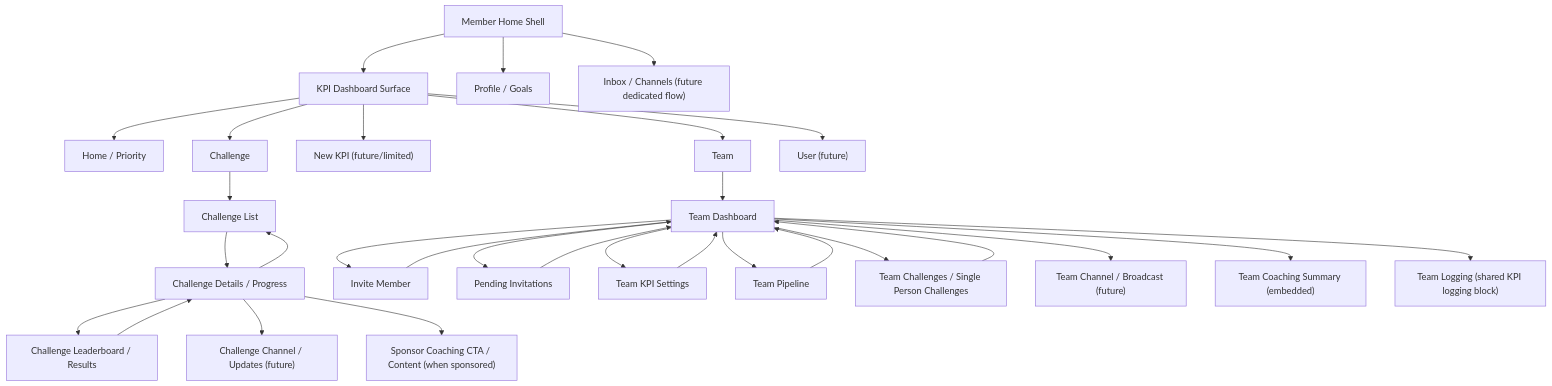
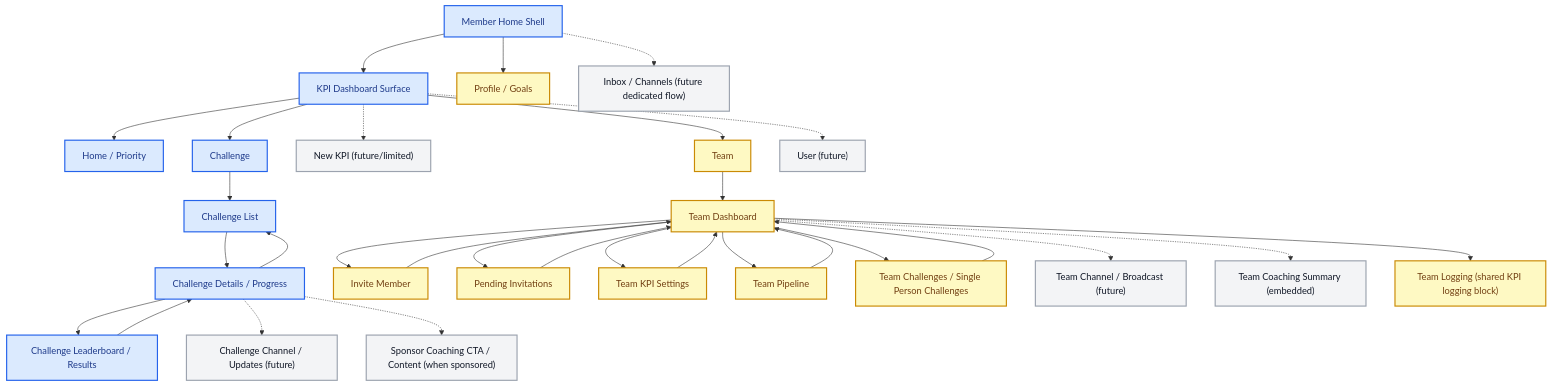
Before and after one commit to jonhazeltine/compass-kpi: the fifth of 9 diagrams in docs/spec/appendix/INTENDED_WIRING_DIAGRAM.md, drawn with Mermaid. The commit also changed other lines of this file, not shown here.

Commit message:
Standardize wiring diagram status colors

````diff
--- a/docs/spec/appendix/INTENDED_WIRING_DIAGRAM.md
+++ b/docs/spec/appendix/INTENDED_WIRING_DIAGRAM.md
@@ -106,36 +139,45 @@
 ```mermaid
 flowchart TD
   H["Member Home Shell"] --> K["KPI Dashboard Surface"]
   H --> P["Profile / Goals"]
-  H --> I["Inbox / Channels (future dedicated flow)"]
+  H -.-> I["Inbox / Channels (future dedicated flow)"]
 
   K --> T1["Home / Priority"]
   K --> T2["Challenge"]
-  K --> T3["New KPI (future/limited)"]
+  K -.-> T3["New KPI (future/limited)"]
   K --> T4["Team"]
-  K --> T5["User (future)"]
+  K -.-> T5["User (future)"]
 
   T2 --> C1["Challenge List"]
   C1 --> C2["Challenge Details / Progress"]
   C2 --> C3["Challenge Leaderboard / Results"]
-  C2 --> C4["Challenge Channel / Updates (future)"]
-  C2 --> C5["Sponsor Coaching CTA / Content (when sponsored)"]
+  C2 -.-> C4["Challenge Channel / Updates (future)"]
+  C2 -.-> C5["Sponsor Coaching CTA / Content (when sponsored)"]
   C3 --> C2
   C2 --> C1
 
   T4 --> TD["Team Dashboard"]
   TD --> TI["Invite Member"]
   TD --> TP["Pending Invitations"]
   TD --> TK["Team KPI Settings"]
   TD --> TPL["Team Pipeline"]
   TD --> TC["Team Challenges / Single Person Challenges"]
-  TD --> TComm["Team Channel / Broadcast (future)"]
-  TD --> TCoach["Team Coaching Summary (embedded)"]
+  TD -.-> TComm["Team Channel / Broadcast (future)"]
+  TD -.-> TCoach["Team Coaching Summary (embedded)"]
   TD --> TL["Team Logging (shared KPI logging block)"]
 
   TI --> TD
   TP --> TD
   TK --> TD
   TPL --> TD
   TC --> TD
+
+  classDef mvp fill:#dbeafe,stroke:#2563eb,color:#1e3a8a,stroke-width:2px;
+  classDef prod fill:#dcfce7,stroke:#16a34a,color:#14532d,stroke-width:2px;
+  classDef framed fill:#fef9c3,stroke:#ca8a04,color:#713f12,stroke-width:2px;
+  classDef missing fill:#f3f4f6,stroke:#9ca3af,color:#111827,stroke-width:2px;
+
+  class H,K,T1,T2,C1,C2,C3 mvp;
+  class P,T4,TD,TI,TP,TK,TPL,TC,TL framed;
+  class I,T3,T5,C4,C5,TComm,TCoach missing;
 ```
````
